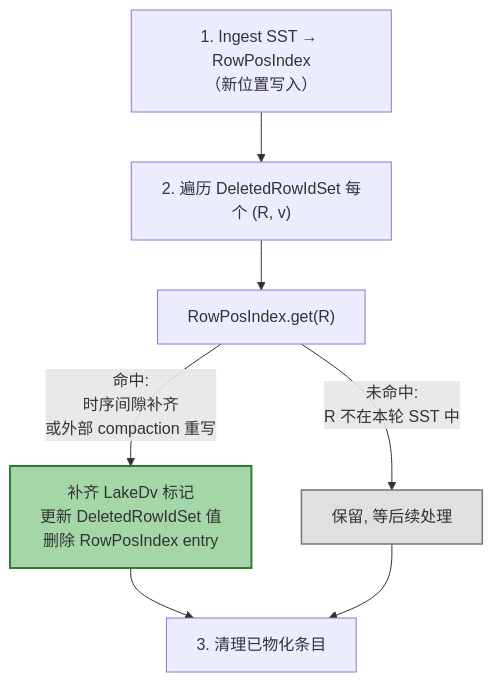
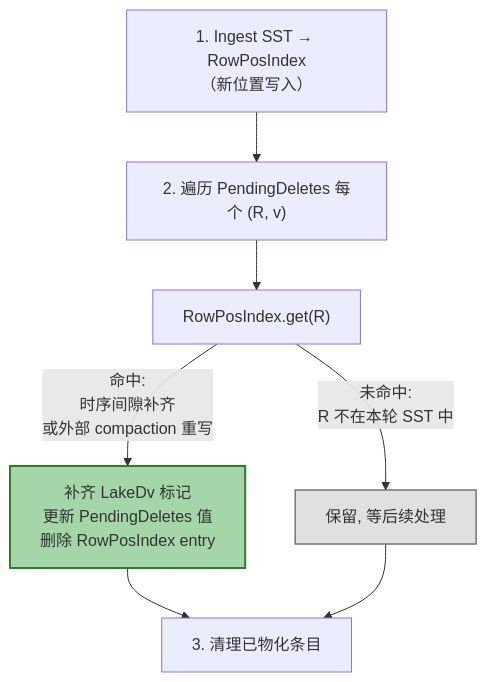
The ninth of 28 diagrams in design-doc/fluss-deletion-vector-overview-v2.md (luoyuxia/fluss), drawn with Mermaid before and after one commit. The commit also changed other lines of this file and 1 other file, not shown here.

````diff
--- a/design-doc/fluss-deletion-vector-overview-v2.md
+++ b/design-doc/fluss-deletion-vector-overview-v2.md
@@ -205,15 +203,15 @@
 ```mermaid
 flowchart TD
-    Ingest["1. Ingest SST → RowPosIndex<br/>（新位置写入）"] --> Scan["2. 遍历 DeletedRowIdSet 每个 (R, v)"]
+    Ingest["1. Ingest SST → RowPosIndex<br/>（新位置写入）"] --> Scan["2. 遍历 PendingDeletes 每个 (R, v)"]
 
     Scan --> Check["RowPosIndex.get(R)"]
 
-    Check -->|"命中:<br/>时序间隙补齐<br/>或外部 compaction 重写"| Fix["补齐 LakeDv 标记<br/>更新 DeletedRowIdSet 值<br/>删除 RowPosIndex entry"]
+    Check -->|"命中:<br/>时序间隙补齐<br/>或外部 compaction 重写"| Fix["补齐 LakeDv 标记<br/>更新 PendingDeletes 值<br/>删除 RowPosIndex entry"]
     Check -->|"未命中:<br/>R 不在本轮 SST 中"| Keep["保留, 等后续处理"]
 
     Fix --> Clean["3. 清理已物化条目"]
     Keep --> Clean
 
     style Fix fill:#a5d6a7,stroke:#2e7d32,stroke-width:2px,color:#333
     style Keep fill:#e0e0e0,stroke:#757575,stroke-width:1.5px,color:#333
 ```
````
